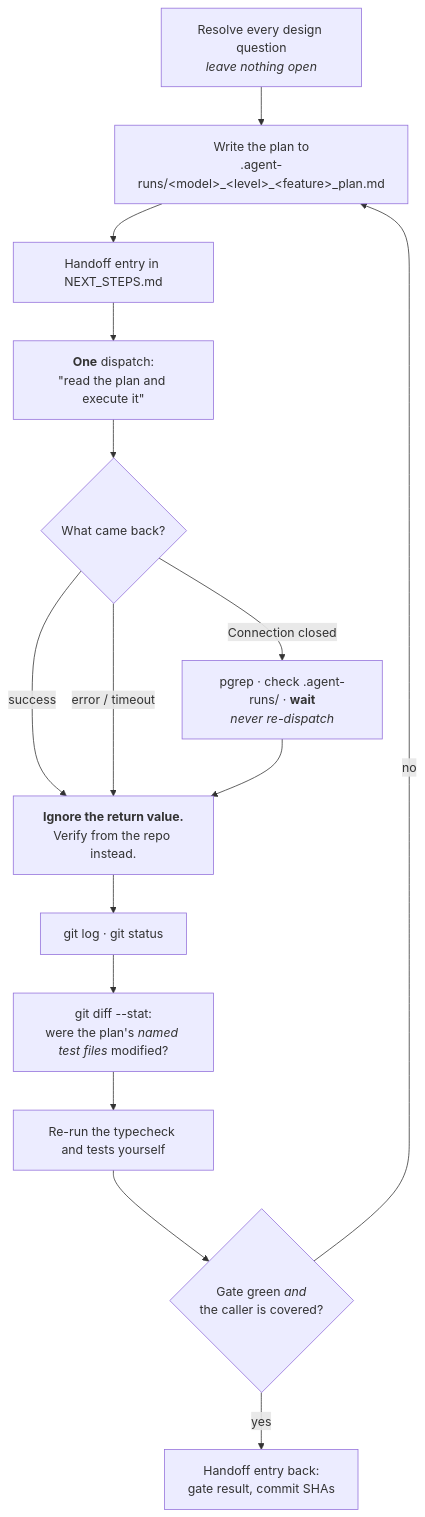
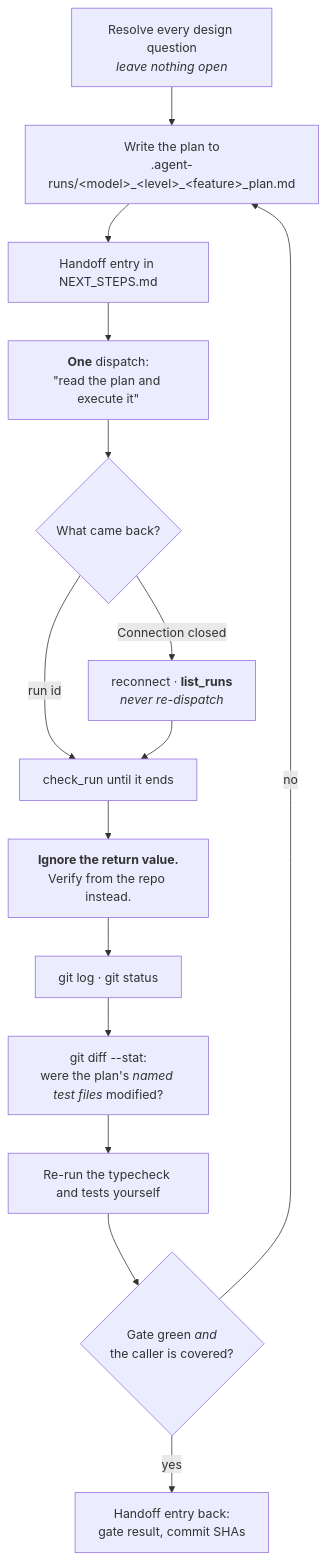
Before and after one commit to artcar12/agent-delegation-mcp: the fourth of 4 diagrams in README.md, drawn with Mermaid. The commit also changed other lines of this file and 7 other files, not shown here.

````diff
--- a/README.md
+++ b/README.md
@@ -422,19 +464,19 @@
 ```mermaid
 flowchart TD
     A["Resolve every design question<br/><i>leave nothing open</i>"] --> B["Write the plan to<br/>.agent-runs/&lt;model&gt;_&lt;level&gt;_&lt;feature&gt;_plan.md"]
     B --> C["Handoff entry in NEXT_STEPS.md"]
     C --> D["<b>One</b> dispatch:<br/>&quot;read the plan and execute it&quot;"]
     D --> E{"What came back?"}
 
-    E -->|"success"| V
-    E -->|"error / timeout"| V
-    E -->|"Connection closed"| G["pgrep · check .agent-runs/ · <b>wait</b><br/><i>never re-dispatch</i>"]
-    G --> V
+    E -->|"run id"| P["check_run until it ends"]
+    P --> V
+    E -->|"Connection closed"| G["reconnect · <b>list_runs</b><br/><i>never re-dispatch</i>"]
+    G --> P
 
     V["<b>Ignore the return value.</b><br/>Verify from the repo instead."] --> H["git log · git status"]
     H --> I["git diff --stat:<br/>were the plan's <i>named test files</i> modified?"]
     I --> J["Re-run the typecheck and tests yourself"]
     J --> K{"Gate green <i>and</i><br/>the caller is covered?"}
     K -->|"yes"| L["Handoff entry back:<br/>gate result, commit SHAs"]
     K -->|"no"| B
 ```
````
